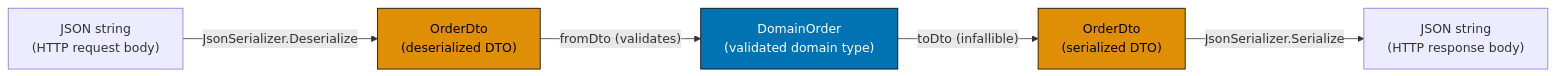
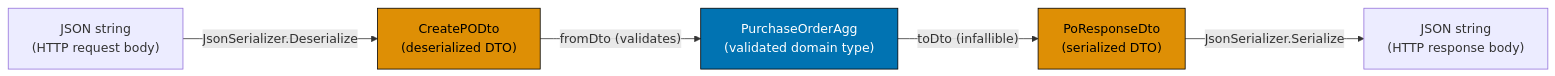
The first of 3 diagrams in apps/ayokoding-web/content/en/learn/software-engineering/architecture/domain-driven-design-ddd/fp-by-example/advanced.md (wahidyankf/open-sharia-enterprise), drawn with Mermaid before and after one commit. The commit also changed other lines of this file and 38 other files, not shown here.

First line of the commit message:
docs(ayokoding-web): unify architecture tutorials on shared P2P domain

````diff
--- a/apps/ayokoding-web/content/en/learn/software-engineering/architecture/domain-driven-design-ddd/fp-by-example/advanced.md
+++ b/apps/ayokoding-web/content/en/learn/software-engineering/architecture/domain-driven-design-ddd/fp-by-example/advanced.md
@@ -31,17 +33,17 @@
 ```mermaid
 graph LR
     JSON_In["JSON string\n(HTTP request body)"]
-    DTO_In["OrderDto\n(deserialized DTO)"]
-    Domain["DomainOrder\n(validated domain type)"]
-    DTO_Out["OrderDto\n(serialized DTO)"]
+    DTO_In["CreatePODto\n(deserialized DTO)"]
+    Domain["PurchaseOrderAgg\n(validated domain type)"]
+    DTO_Out["PoResponseDto\n(serialized DTO)"]
     JSON_Out["JSON string\n(HTTP response body)"]
 
     JSON_In -- "JsonSerializer.Deserialize" --> DTO_In
     DTO_In -- "fromDto (validates)" --> Domain
     Domain -- "toDto (infallible)" --> DTO_Out
     DTO_Out -- "JsonSerializer.Serialize" --> JSON_Out
 
     style DTO_In fill:#DE8F05,stroke:#000,color:#000
     style Domain fill:#0173B2,stroke:#000,color:#fff
     style DTO_Out fill:#DE8F05,stroke:#000,color:#000
 ```
````
